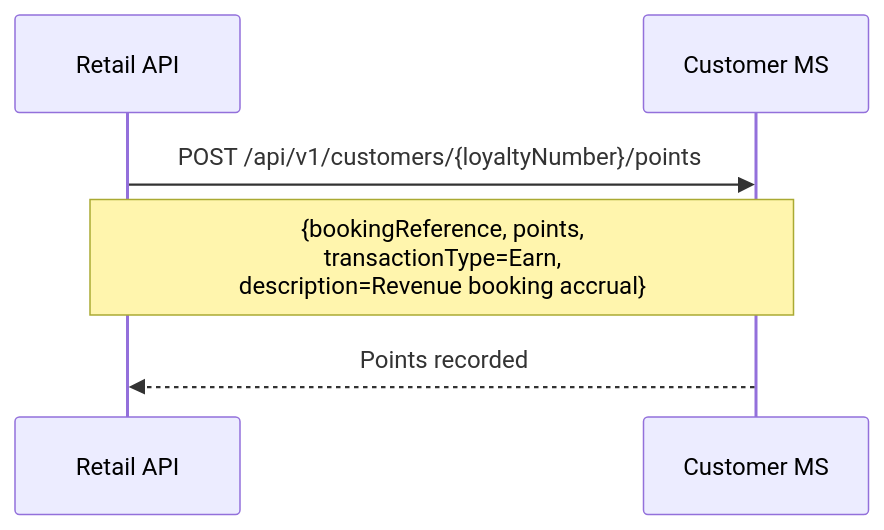
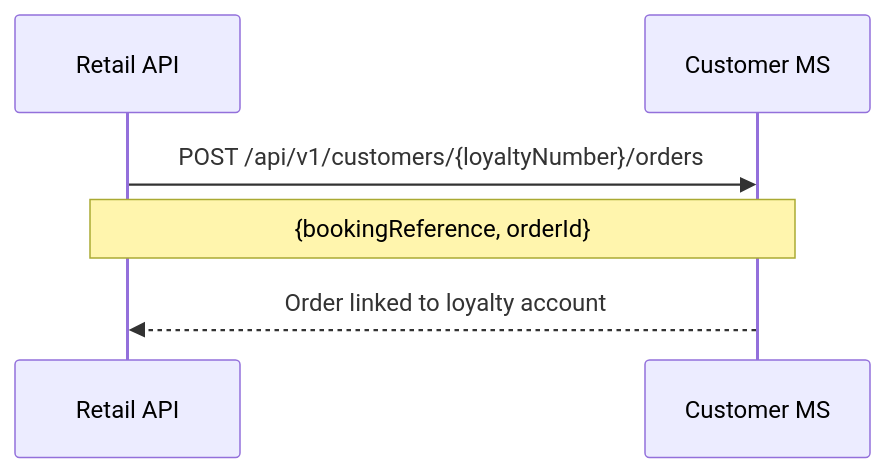
One commit to sebharvey/airline-reservation-system changed the ninth of 11 diagrams in documentation/sequences/customer.md. Above: the diagram before and after it, drawn with Mermaid. The commit also changed other lines of this file and 11 other files, not shown here.

````diff
--- a/documentation/sequences/customer.md
+++ b/documentation/sequences/customer.md
@@ -167,9 +167,9 @@
 ```mermaid
 sequenceDiagram
     participant RetailAPI as Retail API
     participant CustomerMS as Customer MS
 
-    RetailAPI->>CustomerMS: POST /api/v1/customers/{loyaltyNumber}/points
-    Note over RetailAPI,CustomerMS: {bookingReference, points,<br/>transactionType=Earn,<br/>description=Revenue booking accrual}
-    CustomerMS-->>RetailAPI: Points recorded
+    RetailAPI->>CustomerMS: POST /api/v1/customers/{loyaltyNumber}/orders
+    Note over RetailAPI,CustomerMS: {bookingReference, orderId}
+    CustomerMS-->>RetailAPI: Order linked to loyalty account
 ```
````
